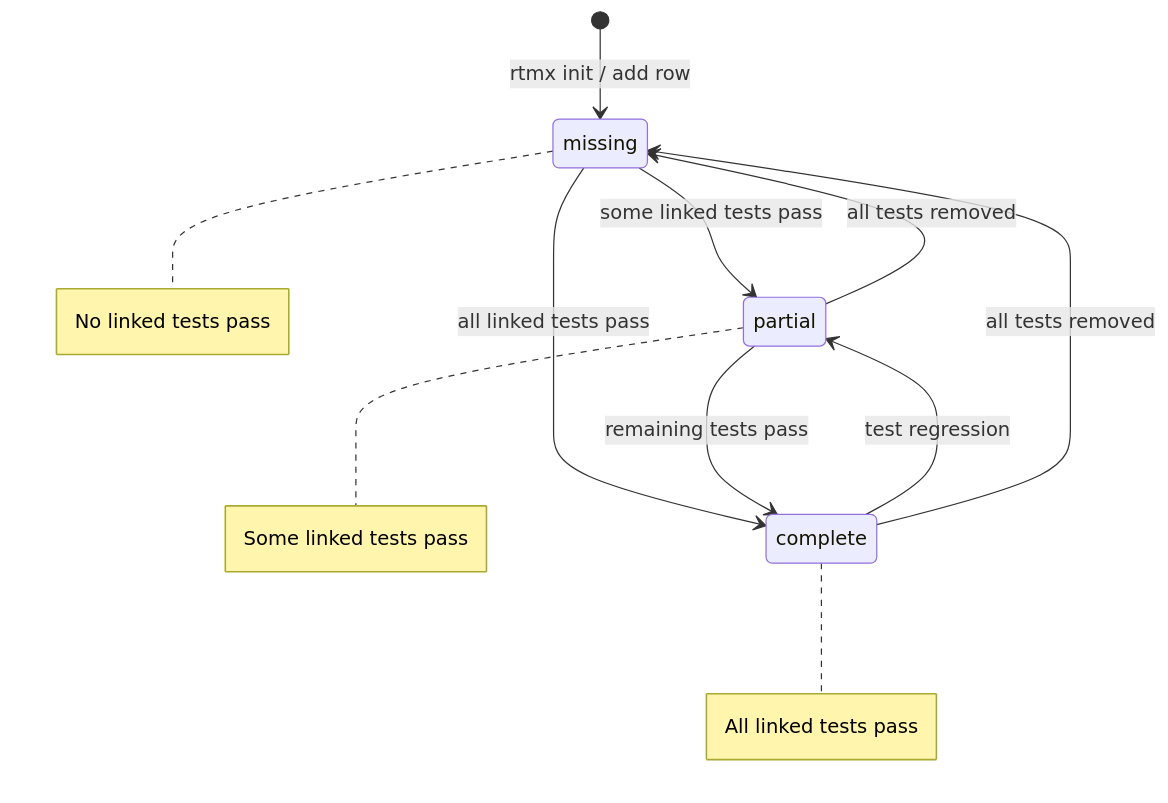
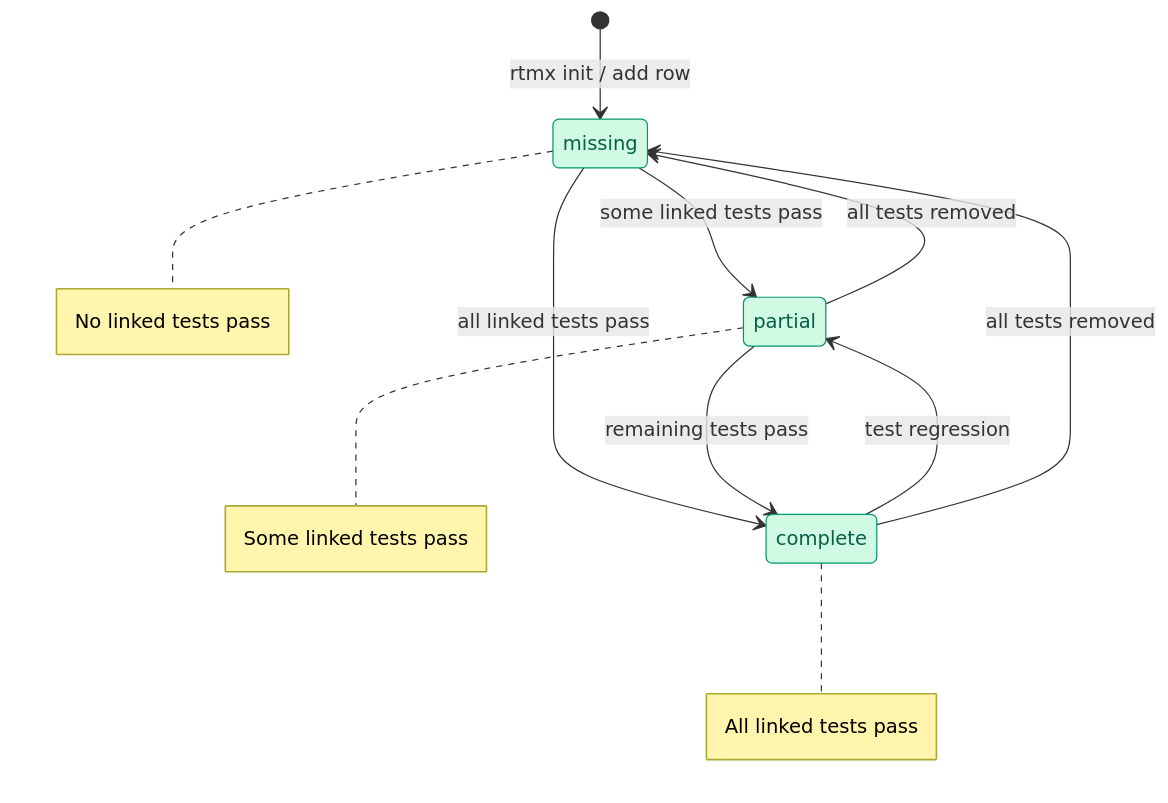
Before and after one commit to rtmx-ai/rtmx: the diagram in docs/diagrams/requirement-lifecycle.mmd, drawn with Mermaid. The commit also changed 38 other files, not shown here.

```diff
--- a/docs/diagrams/requirement-lifecycle.mmd
+++ b/docs/diagrams/requirement-lifecycle.mmd
@@ -1,18 +1,22 @@
 stateDiagram-v2
     [*] --> missing : rtmx init / add row
     missing --> partial : some linked tests pass
     missing --> complete : all linked tests pass
     partial --> complete : remaining tests pass
     complete --> partial : test regression
     partial --> missing : all tests removed
     complete --> missing : all tests removed
 
     note right of missing
         No linked tests pass
     end note
     note right of partial
         Some linked tests pass
     end note
     note right of complete
         All linked tests pass
     end note
+
+    %% rtmx.ai emerald palette (SITE-028f)
+    classDef emerald fill:#d1fae5,stroke:#059669,color:#065f46
+    class missing,partial,complete emerald
```
